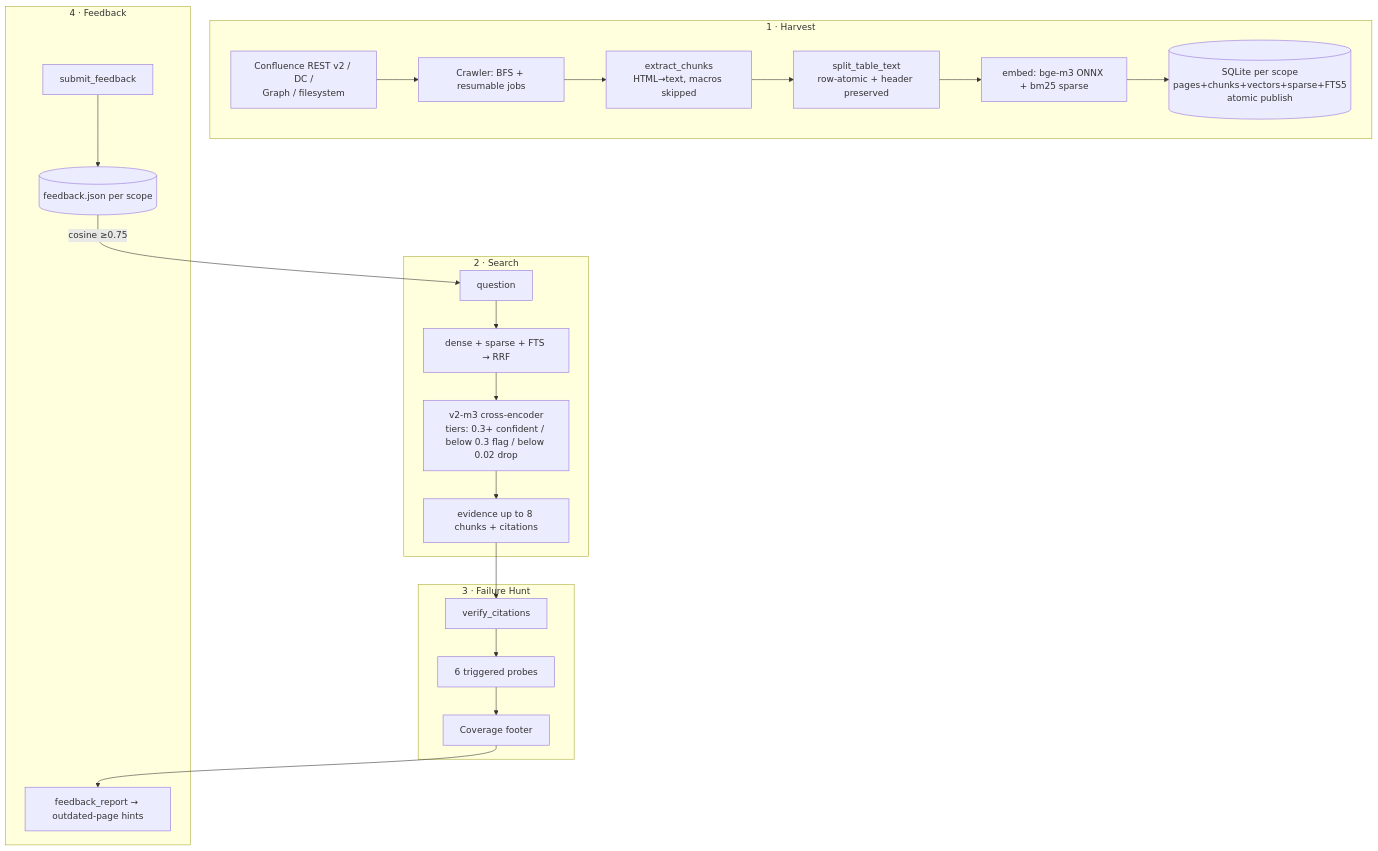
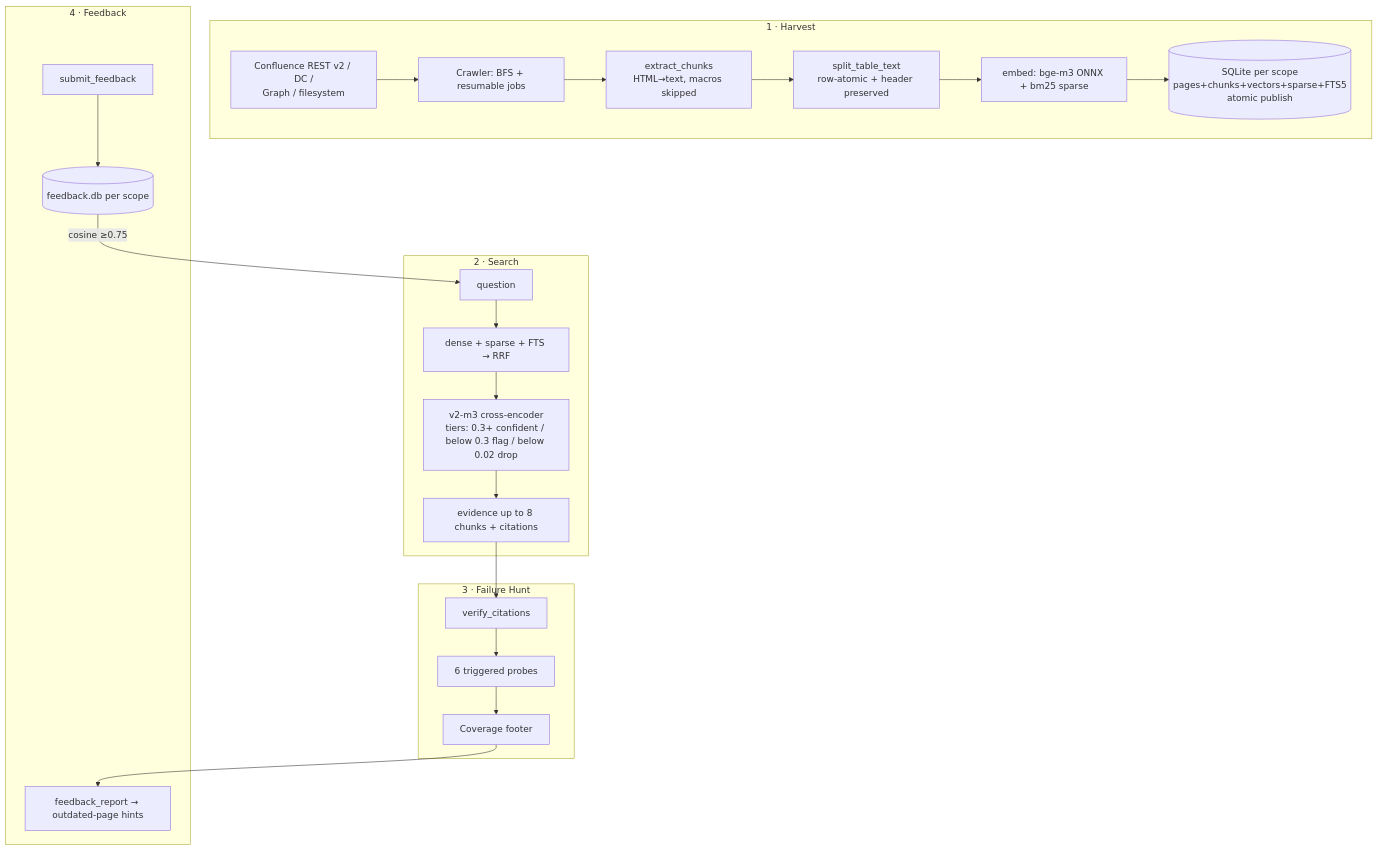
One commit to nkunal1992/agents changed the fifth of 5 diagrams in docs/knowledge-agent-tdd.md. Above: the diagram before and after it, drawn with Mermaid. The commit also changed other lines of this file and 13 other files, not shown here.

````diff
--- a/docs/knowledge-agent-tdd.md
+++ b/docs/knowledge-agent-tdd.md
@@ -301,25 +304,25 @@
 ```mermaid
 flowchart TD
     subgraph Ingestion["1 · Harvest"]
         API[Confluence REST v2 / DC /<br/>Graph / filesystem] --> CW[Crawler: BFS + resumable jobs]
         CW --> EX[extract_chunks<br/>HTML→text, macros skipped]
         EX --> TB[split_table_text<br/>row-atomic + header preserved]
         TB --> EM[embed: bge-m3 ONNX + bm25 sparse]
         EM --> IX[("SQLite per scope<br/>pages+chunks+vectors+sparse+FTS5<br/>atomic publish")]
     end
     subgraph Retrieval["2 · Search"]
         Q[question] --> HY[dense + sparse + FTS → RRF]
         HY --> RR["v2-m3 cross-encoder<br/>tiers: 0.3+ confident / below 0.3 flag / below 0.02 drop"]
         RR --> EV["evidence up to 8 chunks + citations"]
     end
     subgraph Verify["3 · Failure Hunt"]
         EV --> VP[verify_citations]
         VP --> PR[6 triggered probes]
         PR --> FOOT[Coverage footer]
     end
     subgraph Learn["4 · Feedback"]
-        FB[submit_feedback] --> ST[("feedback.json per scope")]
+        FB[submit_feedback] --> ST[("feedback.db per scope")]
         ST -->|cosine ≥0.75| Q
         FOOT --> RPT[feedback_report → outdated-page hints]
     end
 ```
````
